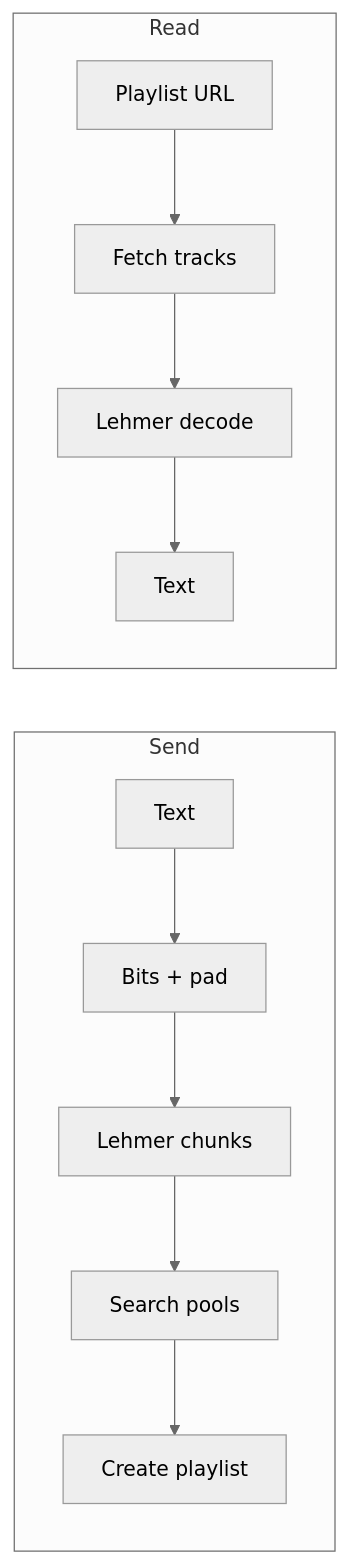
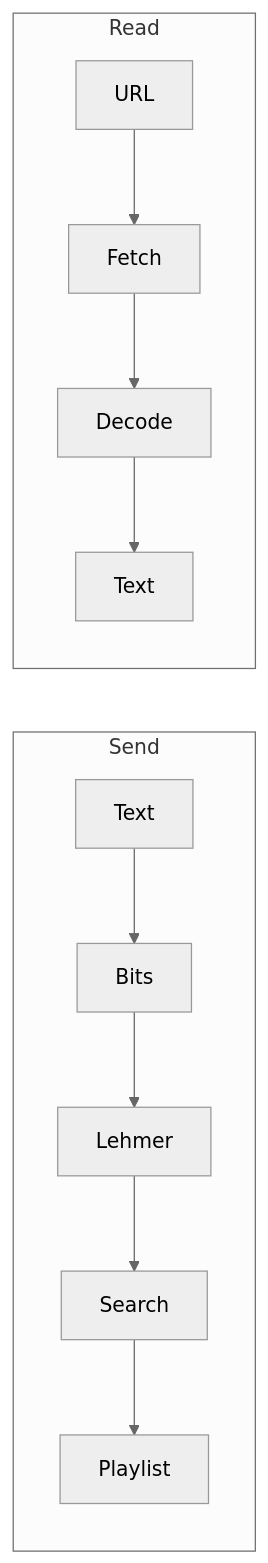
The diagram in README.md (professor-icebear/PhantomTracks), drawn with Mermaid (neutral theme) before and after one commit. The commit also changed other lines of this file and 2 other files, not shown here.

````diff
--- a/README.md
+++ b/README.md
@@ -47,14 +43,14 @@
 ```mermaid
 flowchart LR
   subgraph send [Send]
-    A[Text] --> B[Bits + pad]
-    B --> C[Lehmer chunks]
-    C --> D[Search pools]
-    D --> E[Create playlist]
+    A[Text] --> B[Bits]
+    B --> C[Lehmer]
+    C --> D[Search]
+    D --> E[Playlist]
   end
   subgraph read [Read]
-    F[Playlist URL] --> G[Fetch tracks]
-    G --> H[Lehmer decode]
+    F[URL] --> G[Fetch]
+    G --> H[Decode]
     H --> I[Text]
   end
 ```
````
